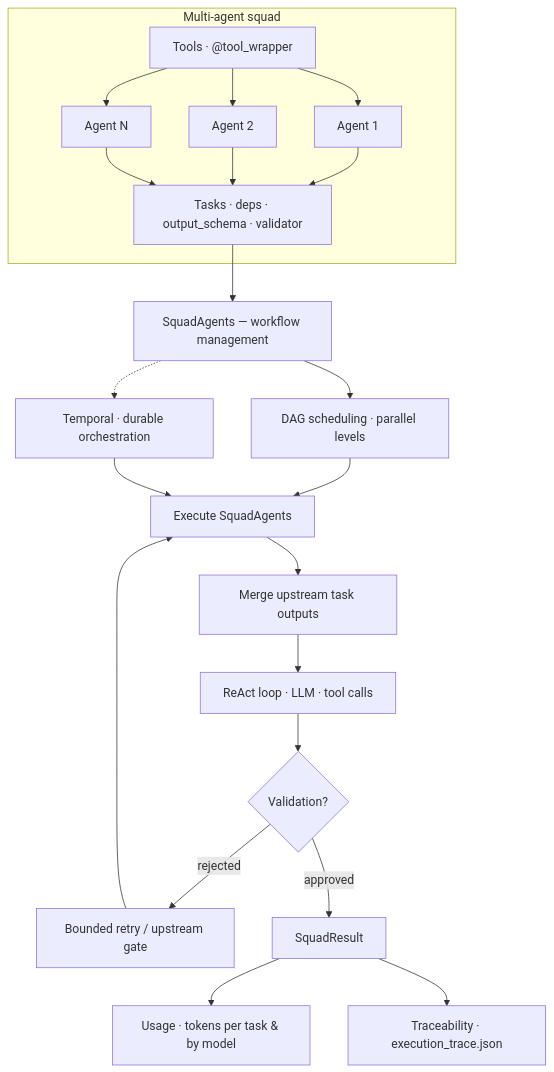
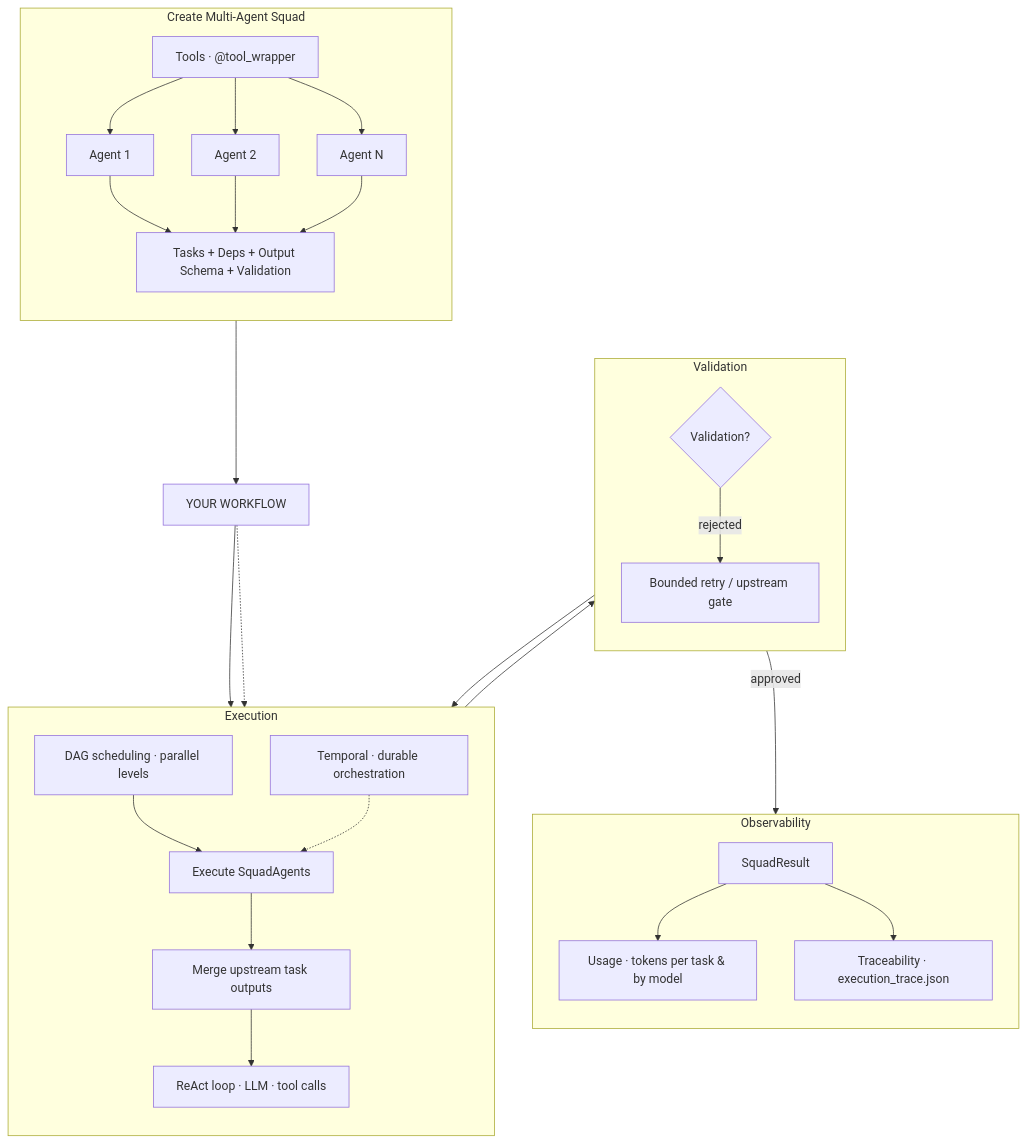
The diagram in README.md (skhanal123/squadAI), drawn with Mermaid before and after one commit.

Commit message:
Refine README architecture diagram

````diff
--- a/README.md
+++ b/README.md
@@ -21,30 +21,50 @@
 ```mermaid
 flowchart TD
-    subgraph multi["Multi-agent squad"]
+    subgraph multi["Create Multi-Agent Squad"]
+        direction TB
         Tools["Tools · @tool_wrapper"]
         A1["Agent 1"]
         A2["Agent 2"]
         AN["Agent N"]
-        Tasks["Tasks · deps · output_schema · validator"]
+        Tasks["Tasks + Deps + Output Schema + Validation"]
         Tools --> A1 & A2 & AN
         A1 & A2 & AN --> Tasks
     end
 
-    Tasks --> Squad["SquadAgents — workflow management"]
-    Squad --> DAG["DAG scheduling · parallel levels"]
-    Squad -.-> Temporal["Temporal · durable orchestration"]
+    Squad["YOUR WORKFLOW"]
 
-    DAG --> Exec["Execute SquadAgents"]
-    Temporal --> Exec
+    subgraph execution["Execution"]
+        direction TB
+        DAG["DAG scheduling · parallel levels"]
+        Temporal["Temporal · durable orchestration"]
+        Exec["Execute SquadAgents"]
+        Ctx["Merge upstream task outputs"]
+        React["ReAct loop · LLM · tool calls"]
+        DAG --> Exec
+        Temporal -.-> Exec
+        Exec --> Ctx --> React
+    end
 
-    Exec --> Ctx["Merge upstream task outputs"]
-    Ctx --> React["ReAct loop · LLM · tool calls"]
+    subgraph validation["Validation"]
+        direction TB
+        Val{"Validation?"}
+        Retry["Bounded retry / upstream gate"]
+        Val -->|rejected| Retry
+    end
 
-    React --> Val{"Validation?"}
-    Val -->|rejected| Retry["Bounded retry / upstream gate"]
+    subgraph observability["Observability"]
+        direction TB
+        Result["SquadResult"]
+        Usage["Usage · tokens per task & by model"]
+        Trace["Traceability · execution_trace.json"]
+        Result --> Usage
+        Result --> Trace
+    end
+
+    Tasks --> Squad
+    Squad --> DAG
+    Squad -.-> Temporal
+    React --> Val
     Retry --> Exec
-    Val -->|approved| Result["SquadResult"]
-
-    Result --> Usage["Usage · tokens per task & by model"]
-    Result --> Trace["Traceability · execution_trace.json"]
+    Val -->|approved| Result
 ```
````
